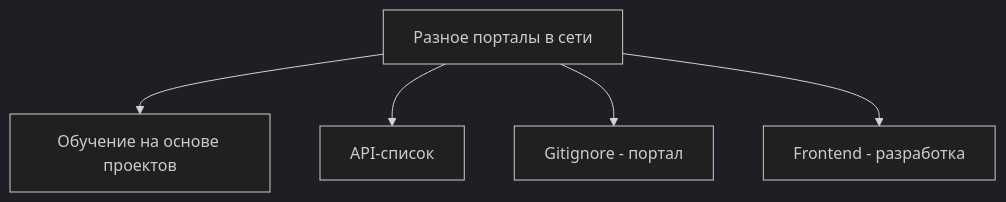
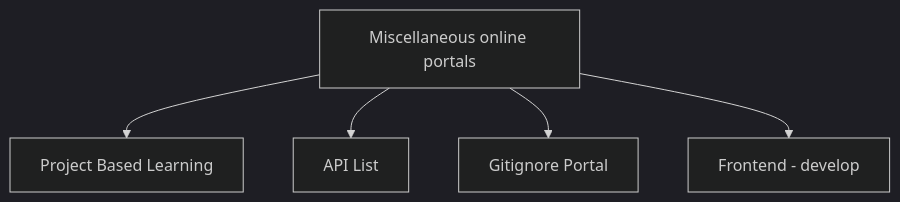
One commit to Dvurechensky/Dvurechensky changed the third of 7 diagrams in docs/index.md. Above: the diagram before and after it, drawn with Mermaid (dark theme). The commit also changed other lines of this file and 2 other files, not shown here.

````diff
--- a/docs/index.md
+++ b/docs/index.md
@@ -196,8 +199,8 @@
 ```mermaid
 graph TD
-  C[Разное порталы в сети]
-  C --> R[Обучение на основе проектов]
-  C --> M[API-список]
-  C --> G[Gitignore - портал]
-  C --> L[Frontend - разработка]
+  C[Miscellaneous online portals]
+  C --> R[Project Based Learning]
+  C --> M[API List]
+  C --> G[Gitignore Portal]
+  C --> L[Frontend - develop]
 ```
````
